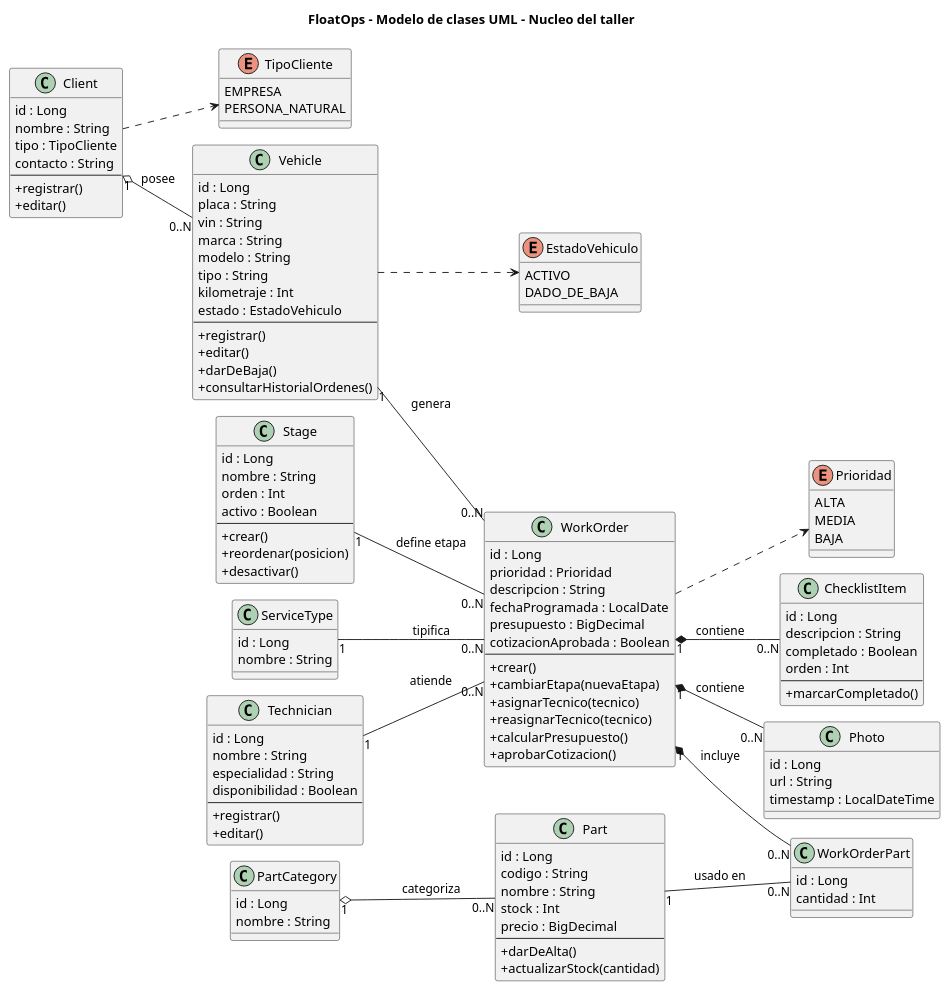
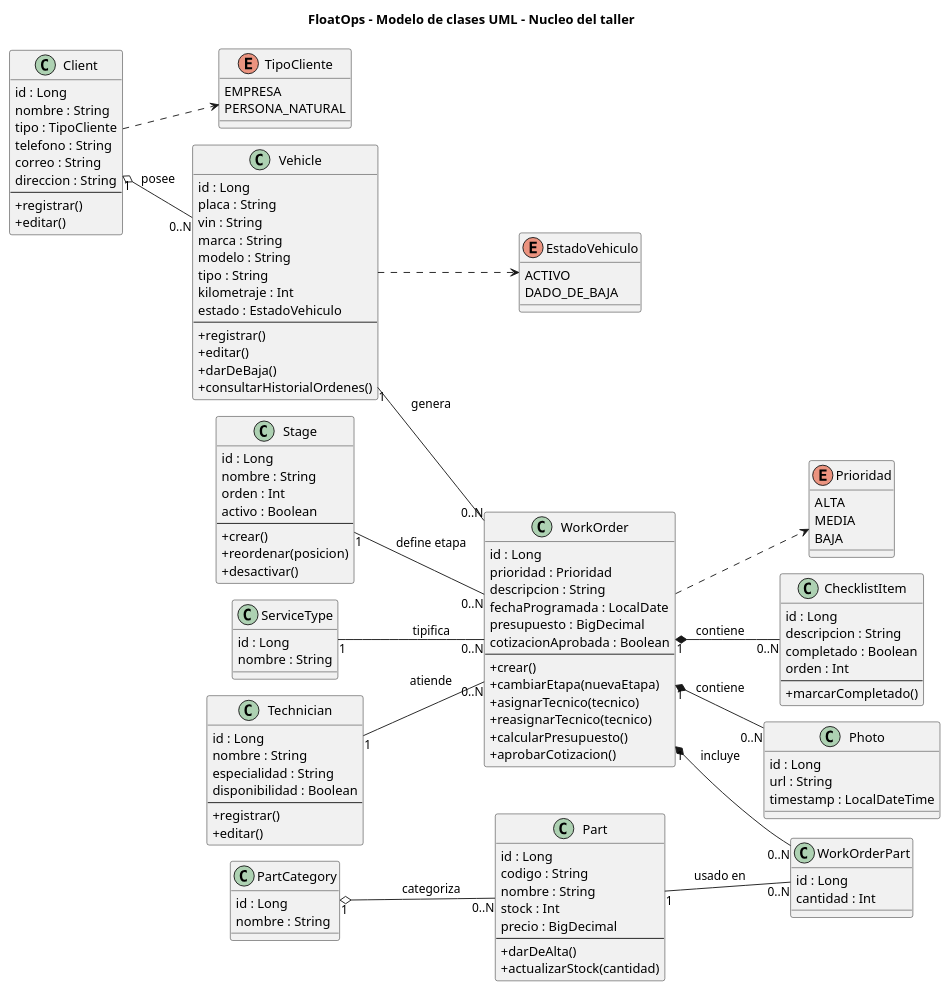
One commit to 11D4RKM4N13/FloatOps changed the diagram in Architecture/modelo-clases-nucleo.plantuml. Above: the diagram before and after it, drawn with PlantUML. The commit also changed 14 other files, not shown here.

Commit message:
[FEAT][CHORE]: Actualiza los diagramas, agrega más contratos de API, actualiza el despliegue de docker

```diff
--- a/Architecture/modelo-clases-nucleo.plantuml
+++ b/Architecture/modelo-clases-nucleo.plantuml
@@ -1,143 +1,145 @@
 @startuml modelo-clases-nucleo
 !pragma layout smetana
 skinparam classAttributeIconSize 0
 left to right direction
 
 title FloatOps - Modelo de clases UML - Nucleo del taller
 
 enum TipoCliente {
   EMPRESA
   PERSONA_NATURAL
 }
 
 enum EstadoVehiculo {
   ACTIVO
   DADO_DE_BAJA
 }
 
 enum Prioridad {
   ALTA
   MEDIA
   BAJA
 }
 
 class Client {
   id : Long
   nombre : String
   tipo : TipoCliente
-  contacto : String
+  telefono : String
+  correo : String
+  direccion : String
   --
   + registrar()
   + editar()
 }
 
 class Vehicle {
   id : Long
   placa : String
   vin : String
   marca : String
   modelo : String
   tipo : String
   kilometraje : Int
   estado : EstadoVehiculo
   --
   + registrar()
   + editar()
   + darDeBaja()
   + consultarHistorialOrdenes()
 }
 
 class WorkOrder {
   id : Long
   prioridad : Prioridad
   descripcion : String
   fechaProgramada : LocalDate
   presupuesto : BigDecimal
   cotizacionAprobada : Boolean
   --
   + crear()
   + cambiarEtapa(nuevaEtapa)
   + asignarTecnico(tecnico)
   + reasignarTecnico(tecnico)
   + calcularPresupuesto()
   + aprobarCotizacion()
 }
 
 class Technician {
   id : Long
   nombre : String
   especialidad : String
   disponibilidad : Boolean
   --
   + registrar()
   + editar()
 }
 
 class Stage {
   id : Long
   nombre : String
   orden : Int
   activo : Boolean
   --
   + crear()
   + reordenar(posicion)
   + desactivar()
 }
 
 class ChecklistItem {
   id : Long
   descripcion : String
   completado : Boolean
   orden : Int
   --
   + marcarCompletado()
 }
 
 class Photo {
   id : Long
   url : String
   timestamp : LocalDateTime
 }
 
 class Part {
   id : Long
   codigo : String
   nombre : String
   stock : Int
   precio : BigDecimal
   --
   + darDeAlta()
   + actualizarStock(cantidad)
 }
 
 class WorkOrderPart {
   id : Long
   cantidad : Int
 }
 
 class ServiceType {
   id : Long
   nombre : String
 }
 
 class PartCategory {
   id : Long
   nombre : String
 }
 
 Client "1" o-- "0..N" Vehicle : posee
 Vehicle "1" -- "0..N" WorkOrder : genera
 Technician "1" -- "0..N" WorkOrder : atiende
 Stage "1" -- "0..N" WorkOrder : define etapa
 ServiceType "1" -- "0..N" WorkOrder : tipifica
 WorkOrder "1" *-- "0..N" ChecklistItem : contiene
 WorkOrder "1" *-- "0..N" Photo : contiene
 WorkOrder "1" *-- "0..N" WorkOrderPart : incluye
 Part "1" -- "0..N" WorkOrderPart : usado en
 PartCategory "1" o-- "0..N" Part : categoriza
 
 Client ..> TipoCliente
 Vehicle ..> EstadoVehiculo
 WorkOrder ..> Prioridad
 
 @enduml
```
